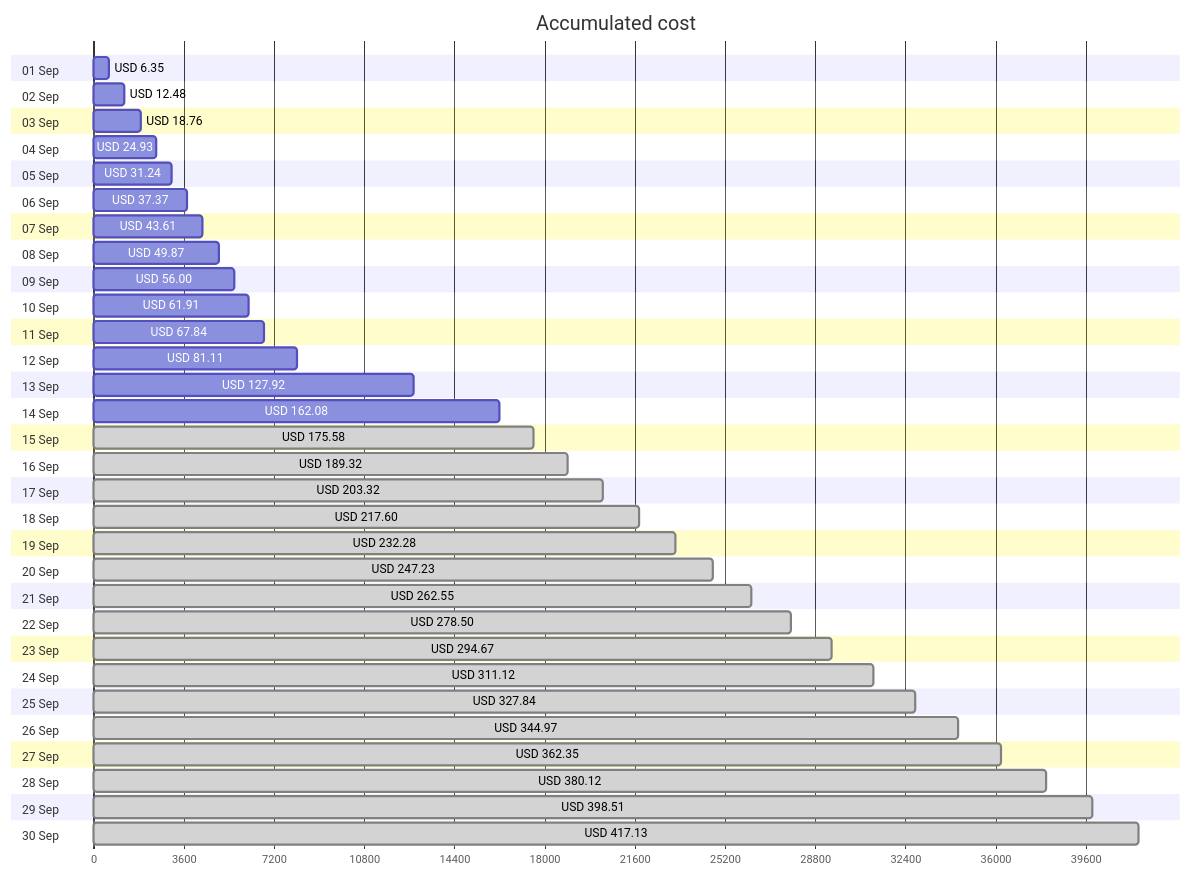
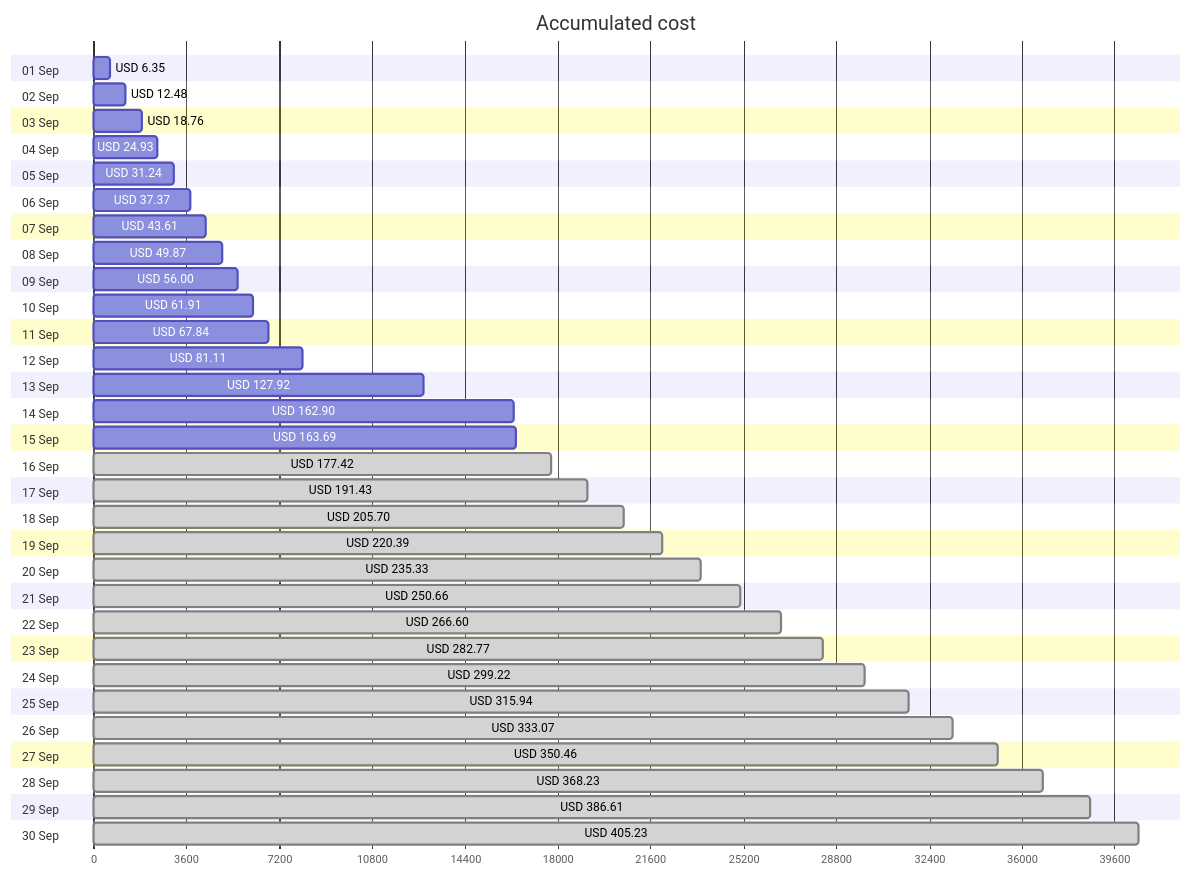
One commit to jpfulton/azure-personal-reports changed the first of 4 diagrams in cost-reports/accumulated-cost.md. Above: the diagram before and after it, drawn with Mermaid. The commit also changed other lines of this file and 34 other files, not shown here.

````diff
--- a/cost-reports/accumulated-cost.md
+++ b/cost-reports/accumulated-cost.md
@@ -20,66 +20,66 @@
 ```mermaid
 gantt
    title Accumulated cost
    dateFormat  X
    axisFormat %s
    section 01 Sep
    USD 6.35 :0, 635
    section 02 Sep
    USD 12.48 :0, 1248
    section 03 Sep
    USD 18.76 :0, 1876
    section 04 Sep
    USD 24.93 :0, 2493
    section 05 Sep
    USD 31.24 :0, 3124
    section 06 Sep
    USD 37.37 :0, 3737
    section 07 Sep
    USD 43.61 :0, 4361
    section 08 Sep
    USD 49.87 :0, 4987
    section 09 Sep
    USD 56.00 :0, 5600
    section 10 Sep
    USD 61.91 :0, 6191
    section 11 Sep
    USD 67.84 :0, 6784
    section 12 Sep
    USD 81.11 :0, 8111
    section 13 Sep
    USD 127.92 :0, 12792
    section 14 Sep
-   USD 162.08 :0, 16208
+   USD 162.90 :0, 16290
    section 15 Sep
-   USD 175.58 : done, 0, 17558
+   USD 163.69 :0, 16369
    section 16 Sep
-   USD 189.32 : done, 0, 18932
+   USD 177.42 : done, 0, 17742
    section 17 Sep
-   USD 203.32 : done, 0, 20332
+   USD 191.43 : done, 0, 19143
    section 18 Sep
-   USD 217.60 : done, 0, 21760
+   USD 205.70 : done, 0, 20570
    section 19 Sep
-   USD 232.28 : done, 0, 23228
+   USD 220.39 : done, 0, 22039
    section 20 Sep
-   USD 247.23 : done, 0, 24723
+   USD 235.33 : done, 0, 23533
    section 21 Sep
-   USD 262.55 : done, 0, 26255
+   USD 250.66 : done, 0, 25066
    section 22 Sep
-   USD 278.50 : done, 0, 27850
+   USD 266.60 : done, 0, 26660
    section 23 Sep
-   USD 294.67 : done, 0, 29467
+   USD 282.77 : done, 0, 28277
    section 24 Sep
-   USD 311.12 : done, 0, 31112
+   USD 299.22 : done, 0, 29922
    section 25 Sep
-   USD 327.84 : done, 0, 32784
+   USD 315.94 : done, 0, 31594
    section 26 Sep
-   USD 344.97 : done, 0, 34497
+   USD 333.07 : done, 0, 33307
    section 27 Sep
-   USD 362.35 : done, 0, 36235
+   USD 350.46 : done, 0, 35046
    section 28 Sep
-   USD 380.12 : done, 0, 38012
+   USD 368.23 : done, 0, 36823
    section 29 Sep
-   USD 398.51 : done, 0, 39851
+   USD 386.61 : done, 0, 38661
    section 30 Sep
-   USD 417.13 : done, 0, 41713
+   USD 405.23 : done, 0, 40523
 ```
````
